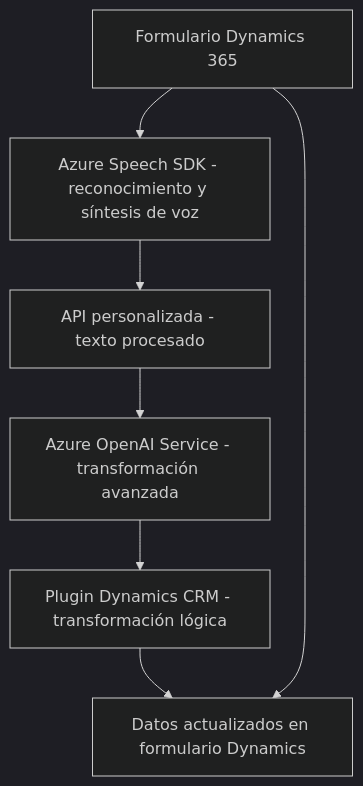
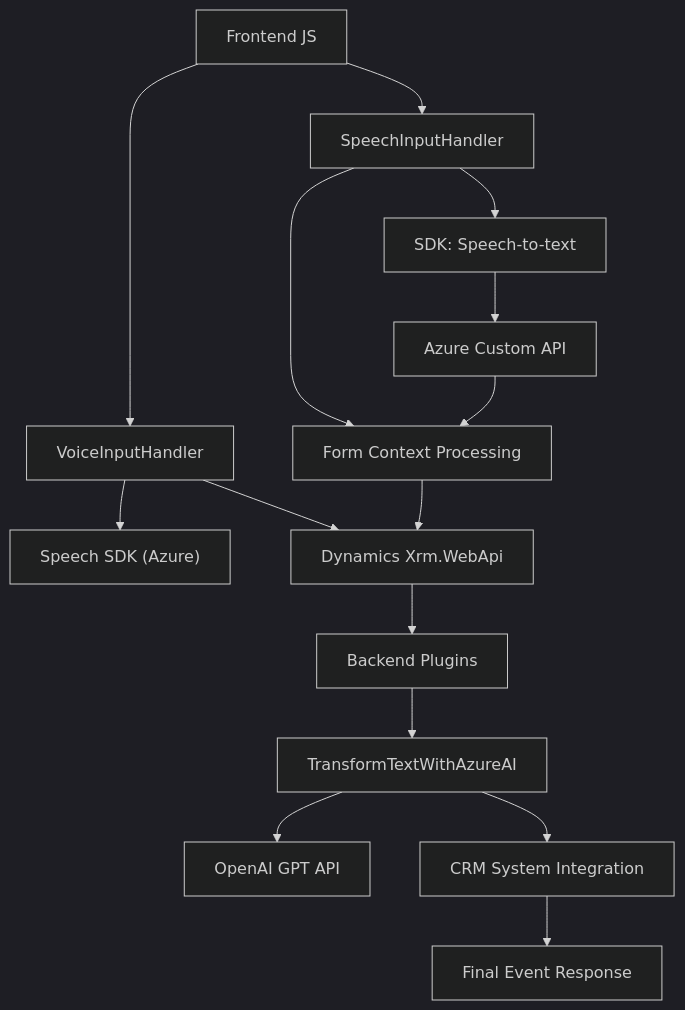
Before and after one commit to blopezdm/NETCORE_BILBAO2025: the diagram in README.md, drawn with Mermaid (dark theme). The commit also changed other lines of this file, not shown here.

````diff
--- a/README.md
+++ b/README.md
@@ -61,9 +35,17 @@
 ```mermaid
 graph TD
-  A["Formulario Dynamics 365"] --> B["Azure Speech SDK - reconocimiento y síntesis de voz"]
-  B --> C["API personalizada - texto procesado"]
-  C --> D["Azure OpenAI Service - transformación avanzada"]
-  D --> E["Plugin Dynamics CRM - transformación lógica"]
-  E --> F["Datos actualizados en formulario Dynamics"]
-  A --> F
+    A["Frontend JS"] --> B["VoiceInputHandler"]
+    B --> C["Speech SDK (Azure)"]
+    B --> D["Dynamics Xrm.WebApi"]
+    A --> E["SpeechInputHandler"]
+    E --> F["Form Context Processing"]
+    E --> G["SDK: Speech-to-text"]
+    G --> H["Azure Custom API"]
+    H --> F
+    F --> D
+    D --> I["Backend Plugins"]
+    I --> J["TransformTextWithAzureAI"]
+    J --> K["OpenAI GPT API"]
+    J --> L["CRM System Integration"]
+    L --> M["Final Event Response"]
 ```
````
